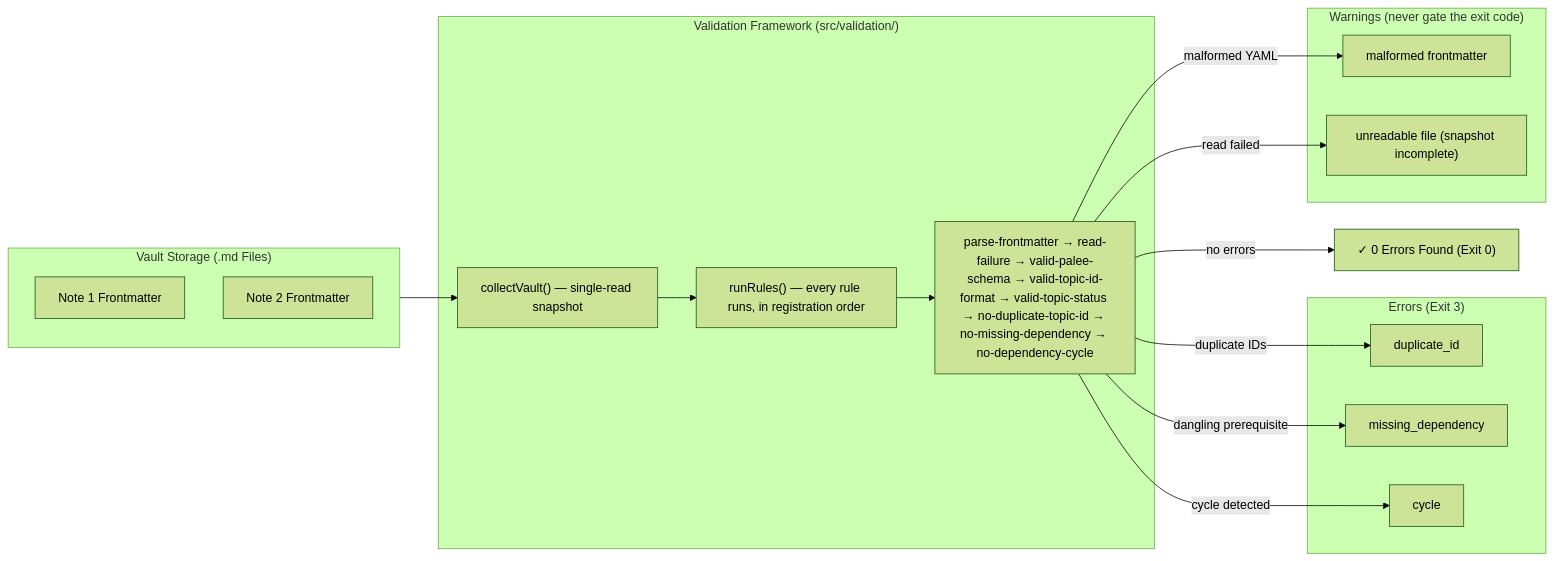
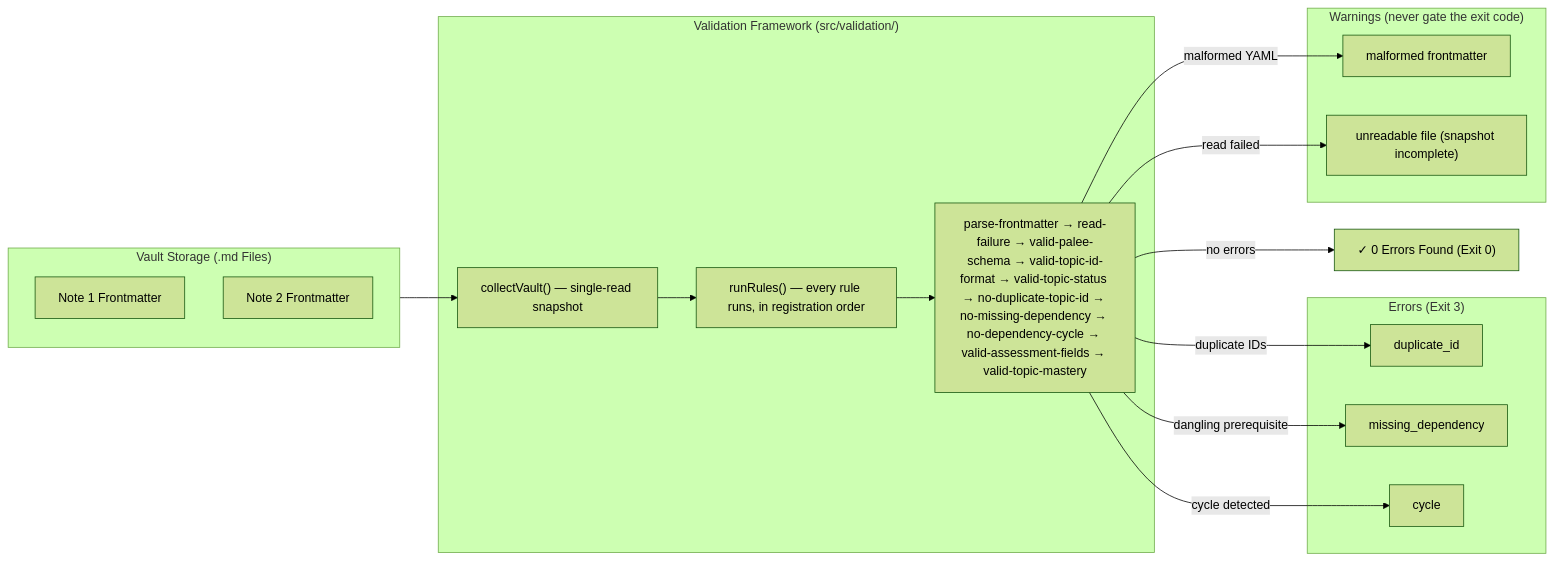
One commit to Kuldeep2822k/cli changed the second of 2 diagrams in docs/02-3-reporting-commands.md. Above: the diagram before and after it, drawn with Mermaid (forest theme). The commit also changed other lines of this file and 8 other files, not shown here.

First line of the commit message:
feat(validate): add assessment-fields and topic-mastery rules with independence coverage (#36 #37 #40)

````diff
--- a/docs/02-3-reporting-commands.md
+++ b/docs/02-3-reporting-commands.md
@@ -201,34 +203,34 @@
 ```mermaid
 flowchart LR
     subgraph Storage ["Vault Storage (.md Files)"]
         FM1["Note 1 Frontmatter"]
         FM2["Note 2 Frontmatter"]
     end
     
     subgraph Analyzer ["Validation Framework (src/validation/)"]
         Scan["collectVault() — single-read snapshot"]
         Runner["runRules() — every rule runs, in registration order"]
-        Rules["parse-frontmatter → read-failure → valid-palee-schema → valid-topic-id-format → valid-topic-status → no-duplicate-topic-id → no-missing-dependency → no-dependency-cycle"]
+        Rules["parse-frontmatter → read-failure → valid-palee-schema → valid-topic-id-format → valid-topic-status → no-duplicate-topic-id → no-missing-dependency → no-dependency-cycle → valid-assessment-fields → valid-topic-mastery"]
     end
     
     subgraph Errors ["Errors (Exit 3)"]
         ErrDup["duplicate_id"]
         ErrMiss["missing_dependency"]
         ErrCyc["cycle"]
     end
 
     subgraph Warnings ["Warnings (never gate the exit code)"]
         WarnParse["malformed frontmatter"]
         WarnRead["unreadable file (snapshot incomplete)"]
     end
     
     Storage --> Scan
     Scan --> Runner
     Runner --> Rules
     Rules -->|"duplicate IDs"| ErrDup
     Rules -->|"dangling prerequisite"| ErrMiss
     Rules -->|"cycle detected"| ErrCyc
     Rules -->|"malformed YAML"| WarnParse
     Rules -->|"read failed"| WarnRead
     Rules -->|"no errors"| Success["✓ 0 Errors Found (Exit 0)"]
 ```
````
